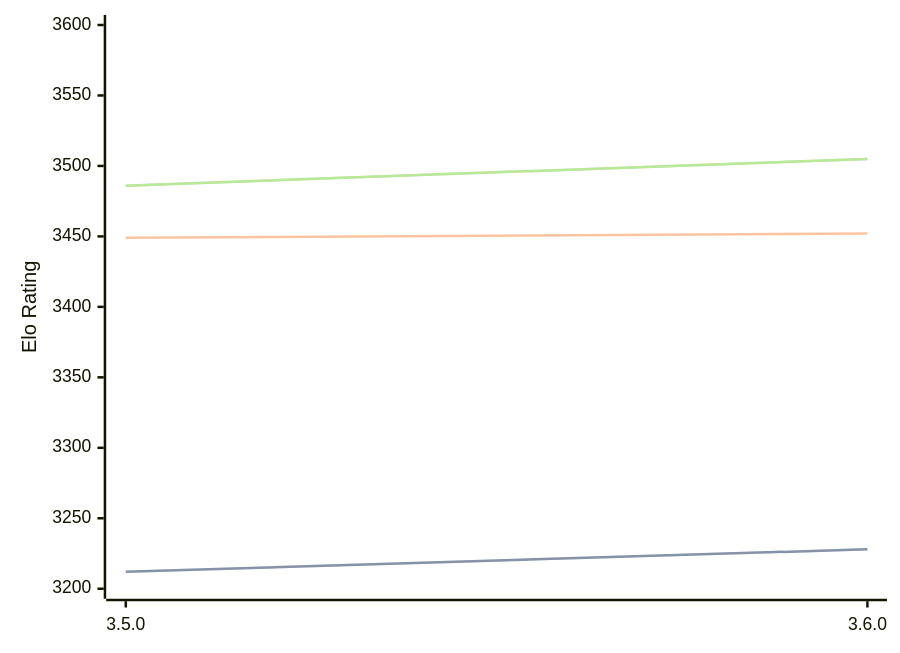
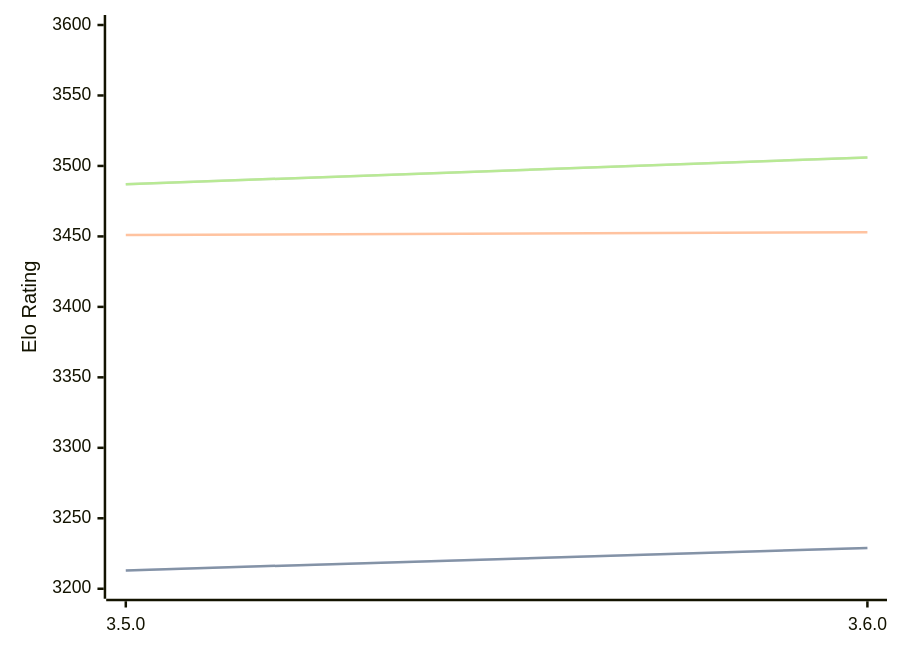
Before and after one commit to computer-chess-index/cci: the diagram in engines/Igel.md, drawn with Mermaid. The commit also changed other lines of this file, not shown here.

Commit message:
Update CCI Ratings (ELO VLTC) - 2026-05-12

````diff
--- a/engines/Igel.md
+++ b/engines/Igel.md
@@ -68,11 +68,11 @@
 ```mermaid
 %%{init: {"theme":"base","themeVariables":{"seriesColors:['#a3a3a3','#222221','#faa371']}}}%%
 xychart-beta
   x-axis ["3.5.0", "3.6.0"]
   y-axis "Elo Rating" 3200 --> 3600
-  line "STC (8.0+0.08s)" [3212, 3228]
-  line "STC (8.0+0.08s)" [3212, 3228]
-  line "LTC (60.0+0.60s)" [3449, 3452]
-  line "VLTC (2m24s+1.12s)" [3486, 3505]
-  line "VLTC (2m24s+1.12s)" [3486, 3505]
+  line "STC (8.0+0.08s)" [3213, 3229]
+  line "STC (8.0+0.08s)" [3213, 3229]
+  line "LTC (60.0+0.60s)" [3451, 3453]
+  line "VLTC (2m24s+1.12s)" [3487, 3506]
+  line "VLTC (2m24s+1.12s)" [3487, 3506]
 ```
````
